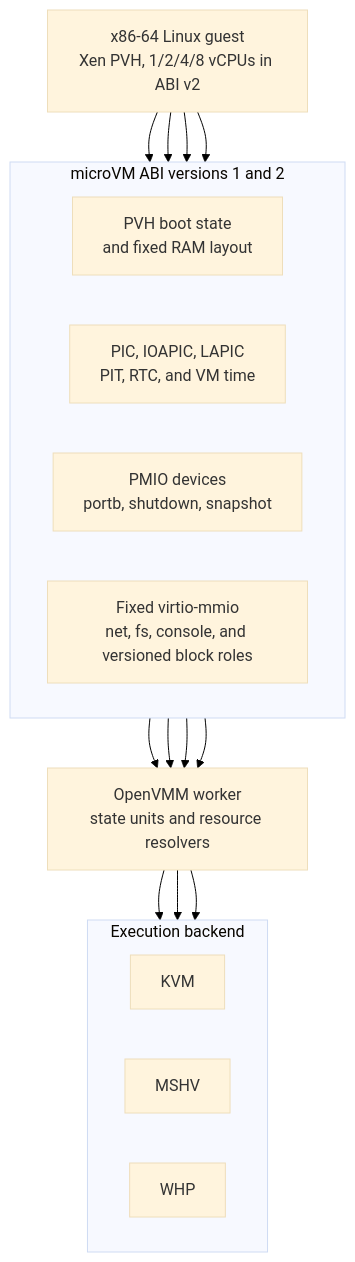
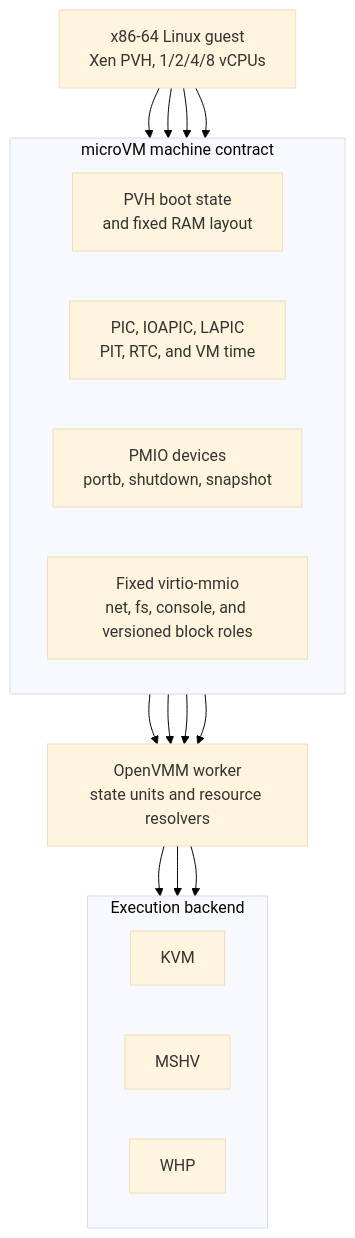
One commit to microsoft/nvx changed the third of 7 diagrams in doc/design.md. Above: the diagram before and after it, drawn with Mermaid. The commit also changed other lines of this file and 11 other files, not shown here.

````diff
--- a/doc/design.md
+++ b/doc/design.md
@@ -236,34 +232,34 @@
 ```mermaid
 %%{init: {"theme": "base", "themeVariables": {"background": "#ffffff"}}}%%
 flowchart TB
-   Guest["x86-64 Linux guest<br/>Xen PVH, 1/2/4/8 vCPUs in ABI v2"]
+   Guest["x86-64 Linux guest<br/>Xen PVH, 1/2/4/8 vCPUs"]
 
-   subgraph Abi["microVM ABI versions 1 and 2"]
+   subgraph Abi["microVM machine contract"]
       direction LR
       Boot["PVH boot state<br/>and fixed RAM layout"]
       Interrupts["PIC, IOAPIC, LAPIC<br/>PIT, RTC, and VM time"]
       Pmio["PMIO devices<br/>portb, shutdown, snapshot"]
       Virtio["Fixed virtio-mmio<br/>net, fs, console, and versioned block roles"]
    end
 
    Common["OpenVMM worker<br/>state units and resource resolvers"]
 
    subgraph Backends["Execution backend"]
       direction LR
       KvmBackend["KVM"]
       MshvBackend["MSHV"]
       WhpBackend["WHP"]
    end
 
    Guest --> Boot
    Guest --> Interrupts
    Guest --> Pmio
    Guest --> Virtio
    Boot --> Common
    Interrupts --> Common
    Pmio --> Common
    Virtio --> Common
    Common --> KvmBackend
    Common --> MshvBackend
    Common --> WhpBackend
 ```
````
